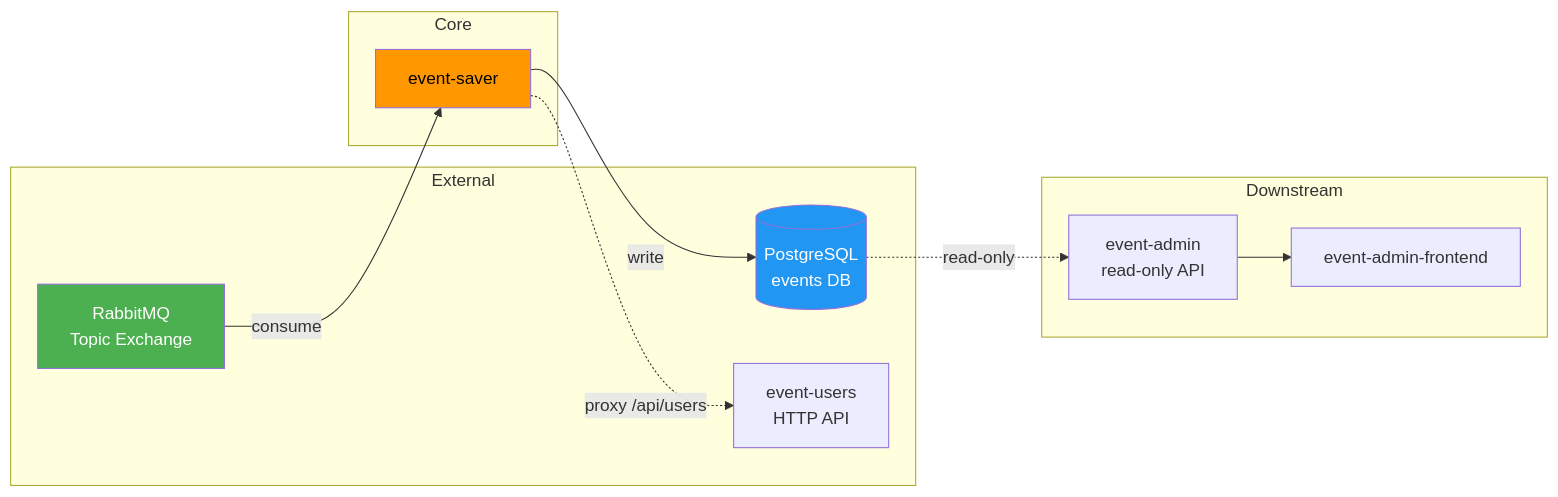
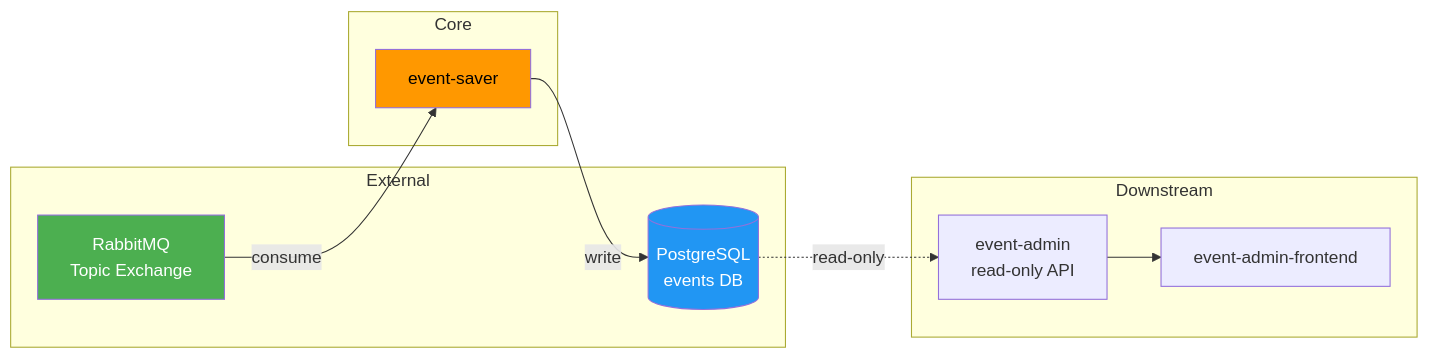
One commit to Lelikov/event-saver changed the diagram in docs/DEPENDENCIES.md. Above: the diagram before and after it, drawn with Mermaid. The commit also changed other lines of this file and 5 other files, not shown here.

````diff
--- a/docs/DEPENDENCIES.md
+++ b/docs/DEPENDENCIES.md
@@ -73,27 +62,25 @@
 ```mermaid
 graph LR
     subgraph External
         RMQ[RabbitMQ<br/>Topic Exchange]
         PG[(PostgreSQL<br/>events DB)]
-        EU[event-users<br/>HTTP API]
     end
 
     subgraph Core
         ES[event-saver]
     end
 
     subgraph Downstream
         EA[event-admin<br/>read-only API]
         EAF[event-admin-frontend]
     end
 
     RMQ -->|consume| ES
     ES -->|write| PG
-    ES -.->|proxy /api/users| EU
     PG -.->|read-only| EA
     EA --> EAF
 
     style ES fill:#ff9800,color:#000
     style PG fill:#2196f3,color:#fff
     style RMQ fill:#4caf50,color:#fff
 ```
````
